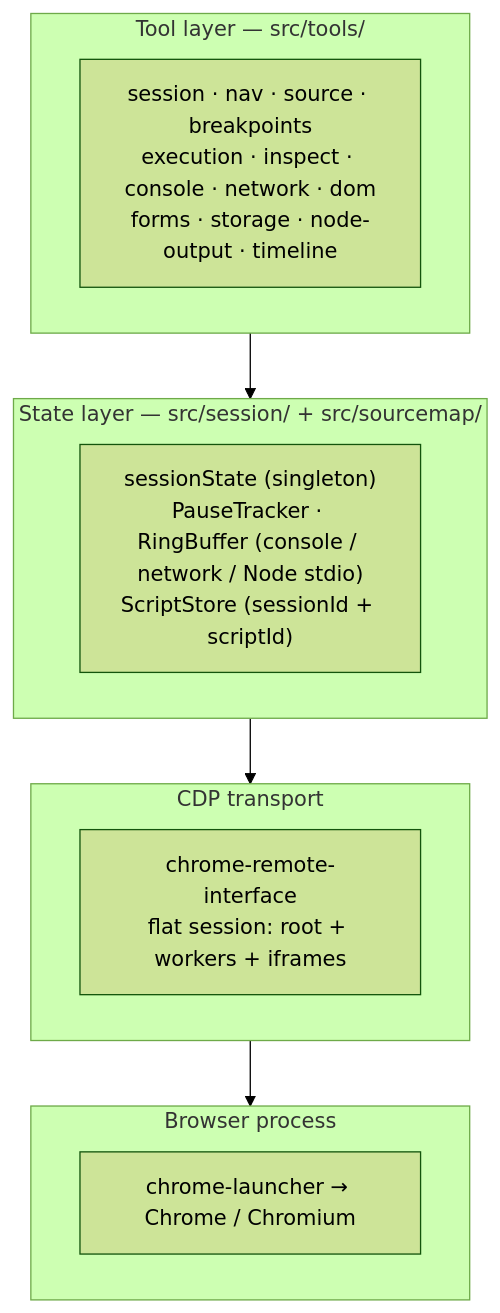
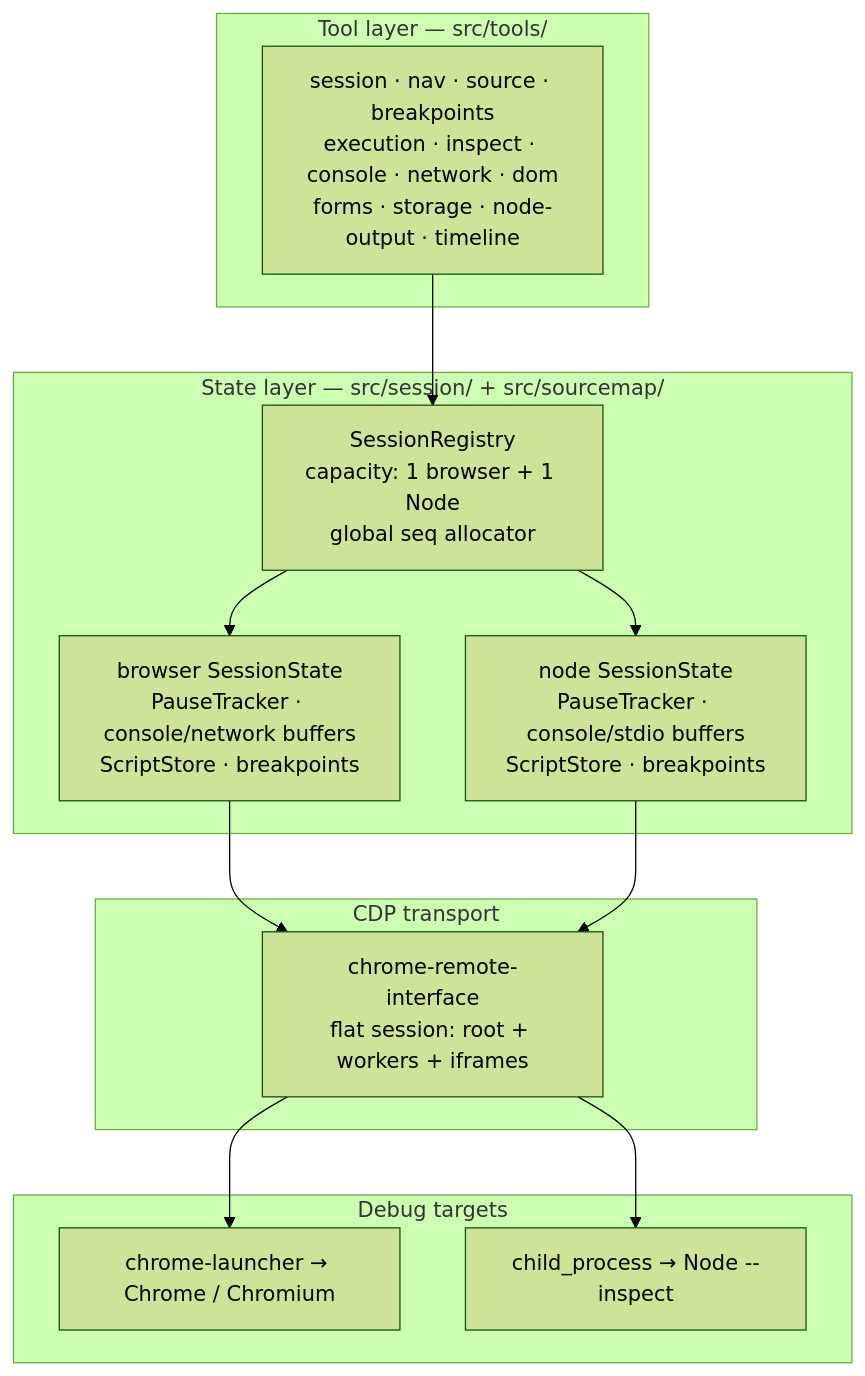
Before and after one commit to lcjanke2020/lynceus: the second of 6 diagrams in docs/ARCHITECTURE.md, drawn with Mermaid (forest theme). The commit also changed other lines of this file and 20 other files, not shown here.

````diff
--- a/docs/ARCHITECTURE.md
+++ b/docs/ARCHITECTURE.md
@@ -47,16 +55,23 @@
 ```mermaid
 flowchart TB
     subgraph T["Tool layer — src/tools/"]
         TT["session · nav · source · breakpoints<br/>execution · inspect · console · network · dom<br/>forms · storage · node-output · timeline"]
     end
     subgraph S["State layer — src/session/ + src/sourcemap/"]
-        SS["sessionState (singleton)<br/>PauseTracker · RingBuffer (console / network / Node stdio)<br/>ScriptStore (sessionId + scriptId)"]
+        R["SessionRegistry<br/>capacity: 1 browser + 1 Node<br/>global seq allocator"]
+        BS["browser SessionState<br/>PauseTracker · console/network buffers<br/>ScriptStore · breakpoints"]
+        NS["node SessionState<br/>PauseTracker · console/stdio buffers<br/>ScriptStore · breakpoints"]
+        R --> BS
+        R --> NS
     end
     subgraph C["CDP transport"]
         CC["chrome-remote-interface<br/>flat session: root + workers + iframes"]
     end
-    subgraph B["Browser process"]
+    subgraph B["Debug targets"]
         BB["chrome-launcher → Chrome / Chromium"]
+        NN["child_process → Node --inspect"]
     end
-    T --> S --> C --> B
+    TT --> R
+    BS --> CC --> BB
+    NS --> CC --> NN
 ```
````
